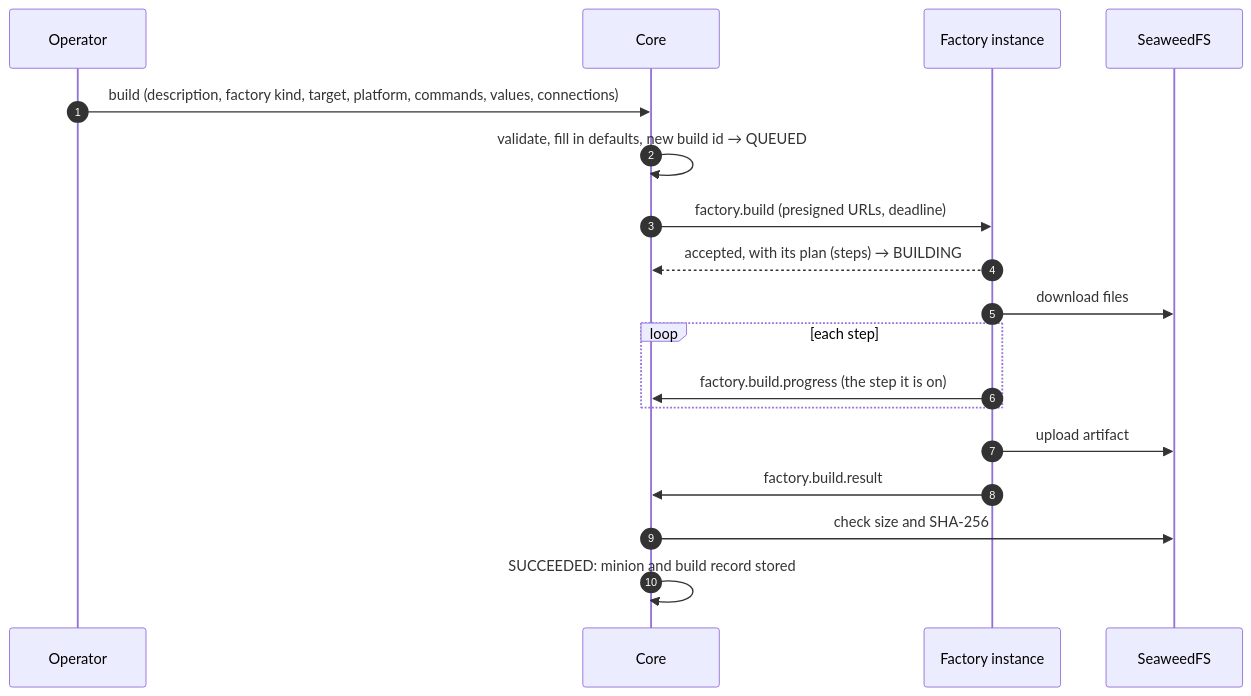
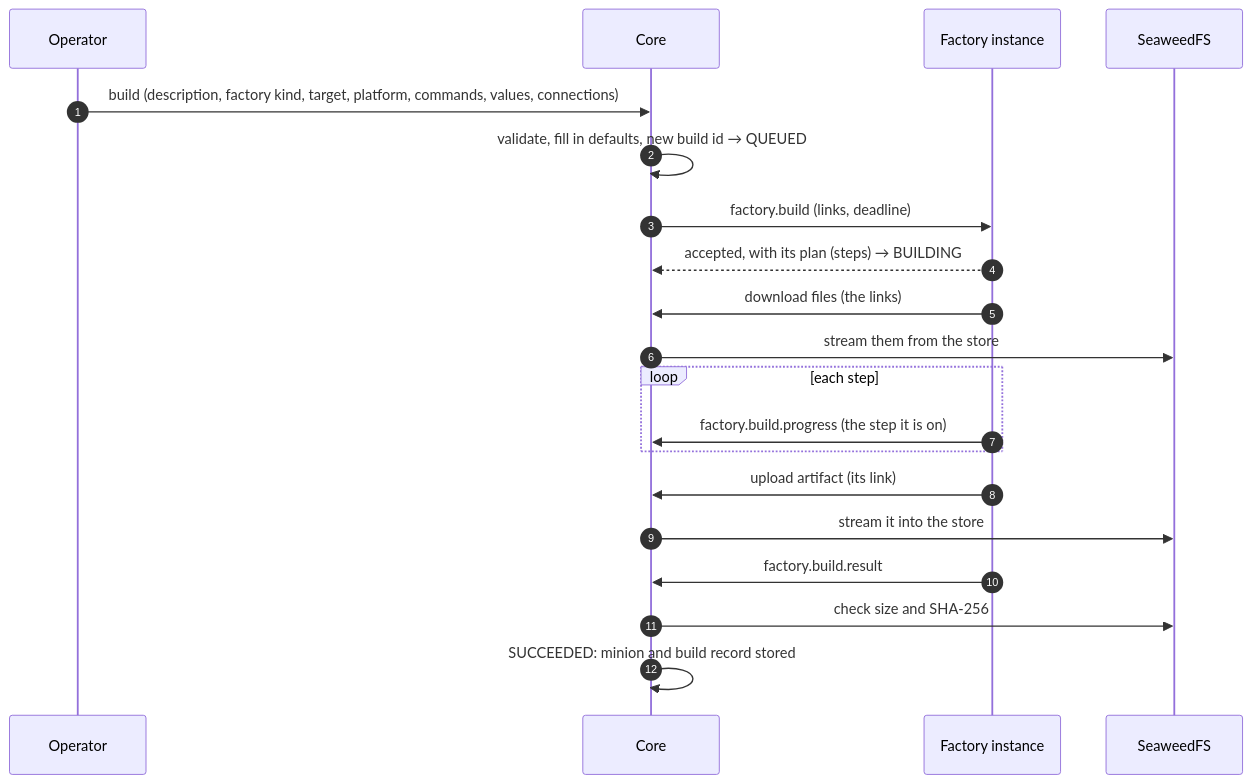
The second of 2 diagrams in src/content/docs/contracts/minion-build.md (LogosCore/logos-docs), drawn with Mermaid before and after one commit. The commit also changed other lines of this file and 5 other files, not shown here.

First line of the commit message:
Build files and artifacts through core

````diff
--- a/src/content/docs/contracts/minion-build.md
+++ b/src/content/docs/contracts/minion-build.md
@@ -401,20 +405,22 @@
 ```mermaid
 sequenceDiagram
     autonumber
     participant OP as Operator
     participant CORE as Core
     participant F as Factory instance
     participant S3 as SeaweedFS
     OP->>CORE: build (description, factory kind, target, platform, commands, values, connections)
     CORE->>CORE: validate, fill in defaults, new build id → QUEUED
-    CORE->>F: factory.build (presigned URLs, deadline)
+    CORE->>F: factory.build (links, deadline)
     F-->>CORE: accepted, with its plan (steps) → BUILDING
-    F->>S3: download files
+    F->>CORE: download files (the links)
+    CORE->>S3: stream them from the store
     loop each step
         F->>CORE: factory.build.progress (the step it is on)
     end
-    F->>S3: upload artifact
+    F->>CORE: upload artifact (its link)
+    CORE->>S3: stream it into the store
     F->>CORE: factory.build.result
     CORE->>S3: check size and SHA-256
     CORE->>CORE: SUCCEEDED: minion and build record stored
 ```
````
